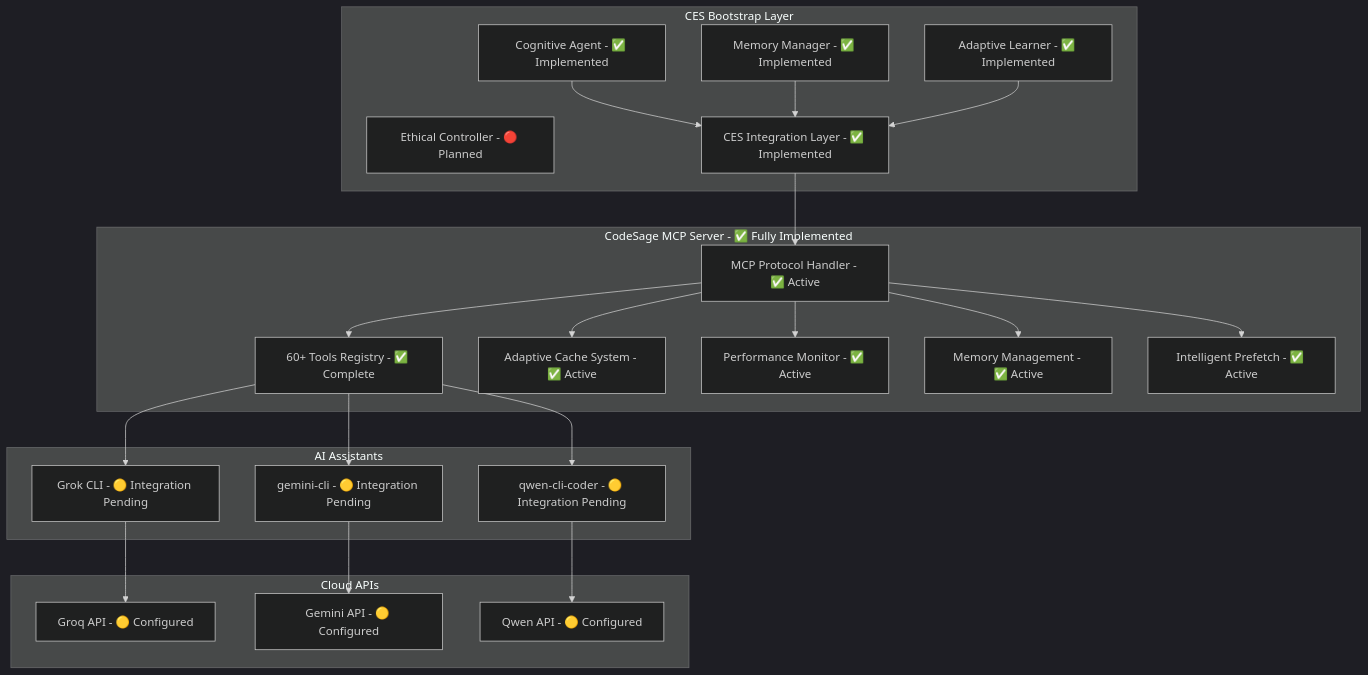
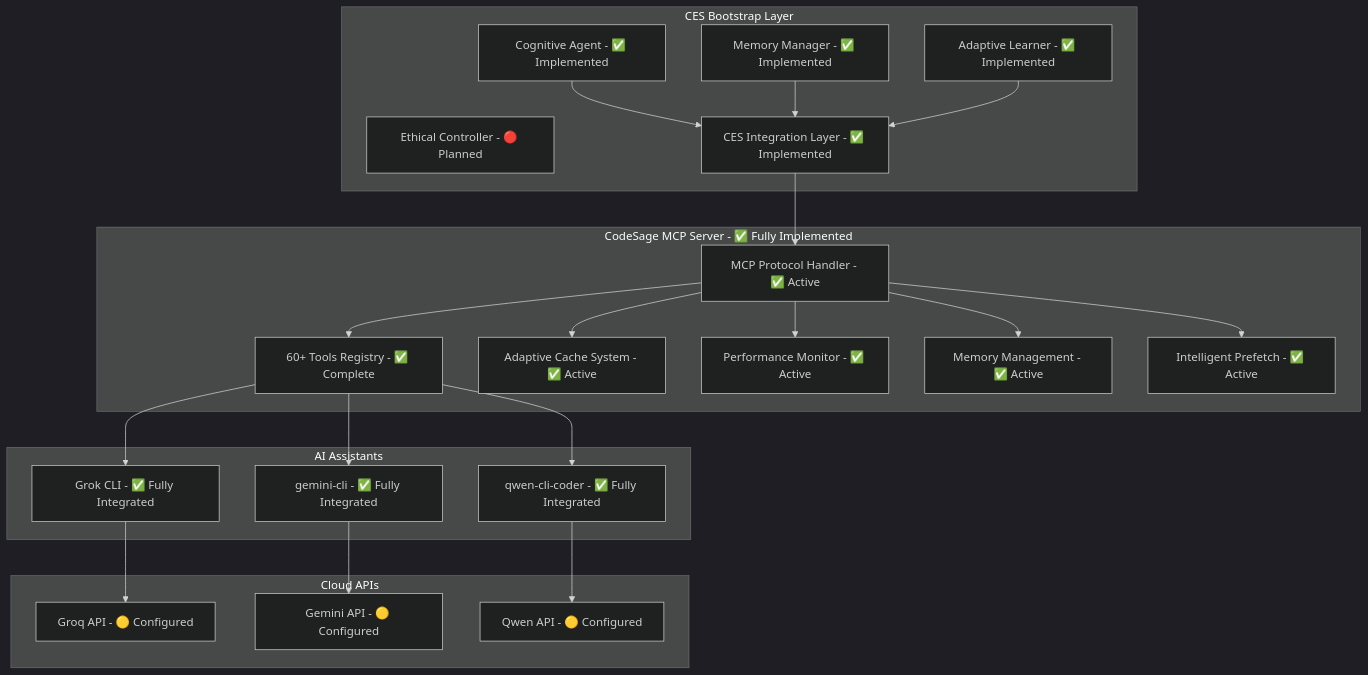
Before and after one commit to Basparin/GeminiMCPs: the first of 2 diagrams in CES_Development_Companion.md, drawn with Mermaid (dark theme). The commit also changed other lines of this file and 8 other files, not shown here.

````diff
--- a/CES_Development_Companion.md
+++ b/CES_Development_Companion.md
@@ -256,47 +272,47 @@
 ```mermaid
 graph TB
     subgraph "CES Bootstrap Layer"
         CA[Cognitive Agent - ✅ Implemented]
         MM[Memory Manager - ✅ Implemented]
         AL[Adaptive Learner - ✅ Implemented]
         EC[Ethical Controller - 🔴 Planned]
         CES_INT[CES Integration Layer - ✅ Implemented]
     end
 
     subgraph "CodeSage MCP Server - ✅ Fully Implemented"
         MCP[MCP Protocol Handler - ✅ Active]
         TOOLS[60+ Tools Registry - ✅ Complete]
         CACHE[Adaptive Cache System - ✅ Active]
         PERF[Performance Monitor - ✅ Active]
         MEM[Memory Management - ✅ Active]
         PREF[Intelligent Prefetch - ✅ Active]
     end
 
     subgraph "AI Assistants"
-        GK[Grok CLI - 🟡 Integration Pending]
-        QC[qwen-cli-coder - 🟡 Integration Pending]
-        GC[gemini-cli - 🟡 Integration Pending]
+        GK[Grok CLI - ✅ Fully Integrated]
+        QC[qwen-cli-coder - ✅ Fully Integrated]
+        GC[gemini-cli - ✅ Fully Integrated]
     end
 
     subgraph "Cloud APIs"
         GR[Groq API - 🟡 Configured]
         GE[Gemini API - 🟡 Configured]
         QW[Qwen API - 🟡 Configured]
     end
 
     CA --> CES_INT
     MM --> CES_INT
     AL --> CES_INT
     CES_INT --> MCP
     MCP --> TOOLS
     MCP --> CACHE
     MCP --> PERF
     MCP --> MEM
     MCP --> PREF
     TOOLS --> GK
     TOOLS --> QC
     TOOLS --> GC
     GK --> GR
     QC --> QW
     GC --> GE
 ```
````
